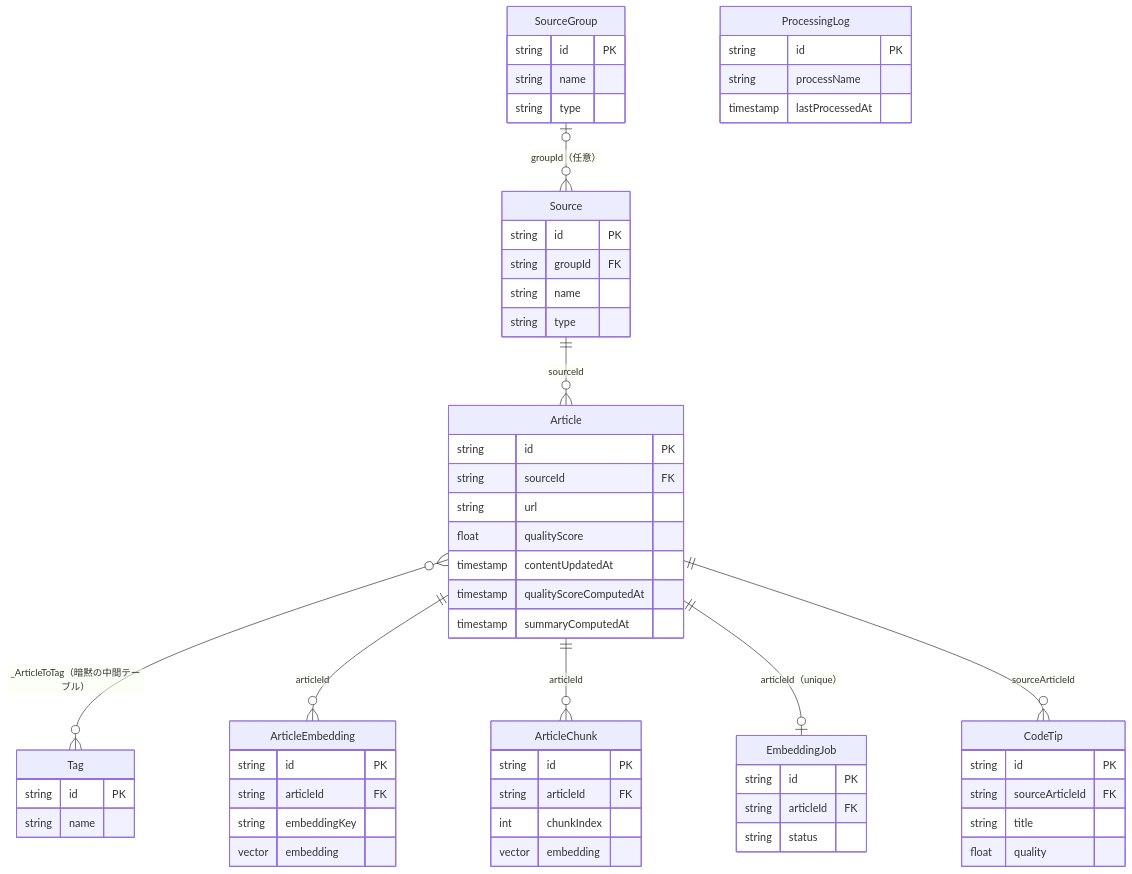
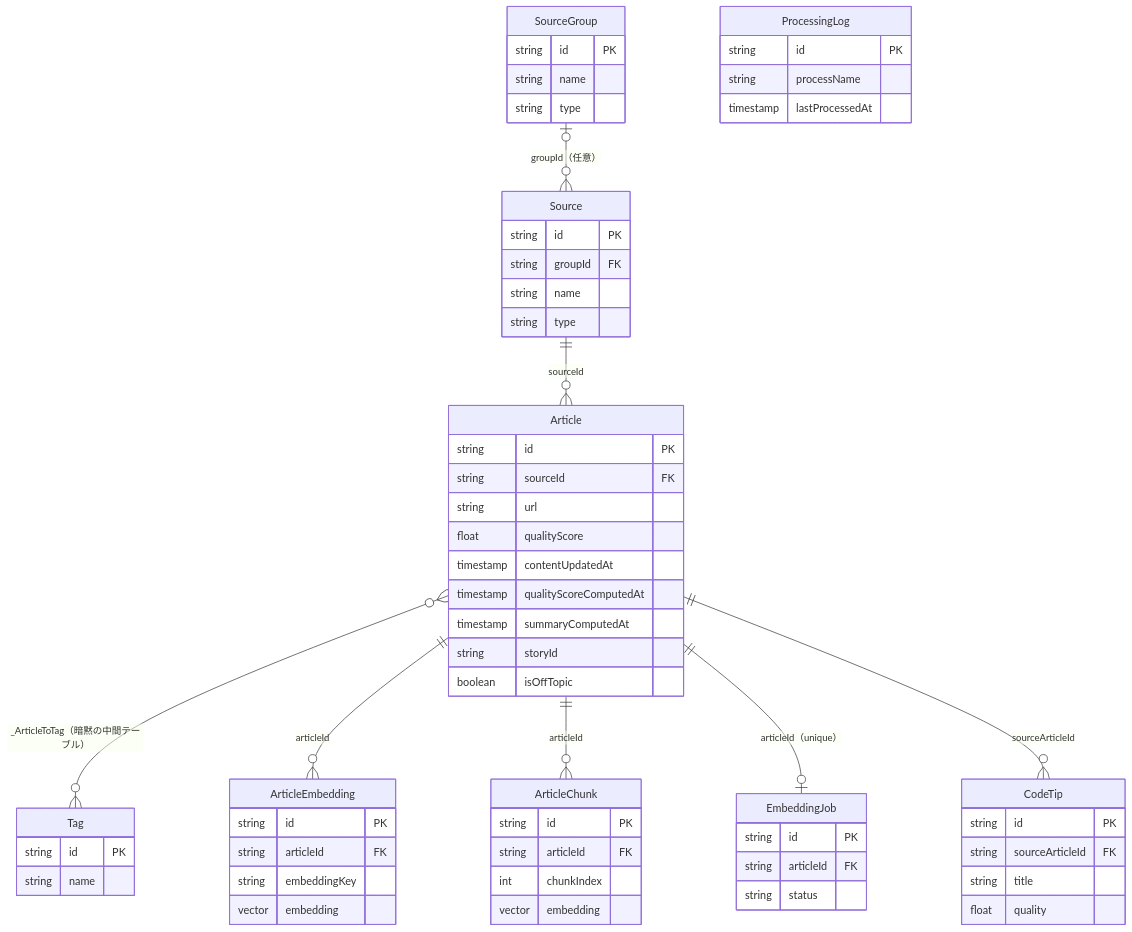
Before and after one commit to pawafulu7/techtrend: the first of 2 diagrams in docs/architecture/04-data-model.md, drawn with Mermaid. The commit also changed other lines of this file and 223 other files, not shown here.

````diff
--- a/docs/architecture/04-data-model.md
+++ b/docs/architecture/04-data-model.md
@@ -9,63 +9,65 @@
 ```mermaid
 erDiagram
     Source ||--o{ Article : "sourceId"
     SourceGroup |o--o{ Source : "groupId（任意）"
     Article }o--o{ Tag : "_ArticleToTag（暗黙の中間テーブル）"
     Article ||--o{ ArticleEmbedding : "articleId"
     Article ||--o{ ArticleChunk : "articleId"
     Article ||--o| EmbeddingJob : "articleId（unique）"
     Article ||--o{ CodeTip : "sourceArticleId"
 
     Article {
         string id PK
         string sourceId FK
         string url
         float qualityScore
         timestamp contentUpdatedAt
         timestamp qualityScoreComputedAt
         timestamp summaryComputedAt
+        string storyId
+        boolean isOffTopic
     }
     Source {
         string id PK
         string groupId FK
         string name
         string type
     }
     SourceGroup {
         string id PK
         string name
         string type
     }
     Tag {
         string id PK
         string name
     }
     ArticleEmbedding {
         string id PK
         string articleId FK
         string embeddingKey
         vector embedding
     }
     ArticleChunk {
         string id PK
         string articleId FK
         int chunkIndex
         vector embedding
     }
     EmbeddingJob {
         string id PK
         string articleId FK
         string status
     }
     CodeTip {
         string id PK
         string sourceArticleId FK
         string title
         float quality
     }
     ProcessingLog {
         string id PK
         string processName
         timestamp lastProcessedAt
     }
 ```
````
